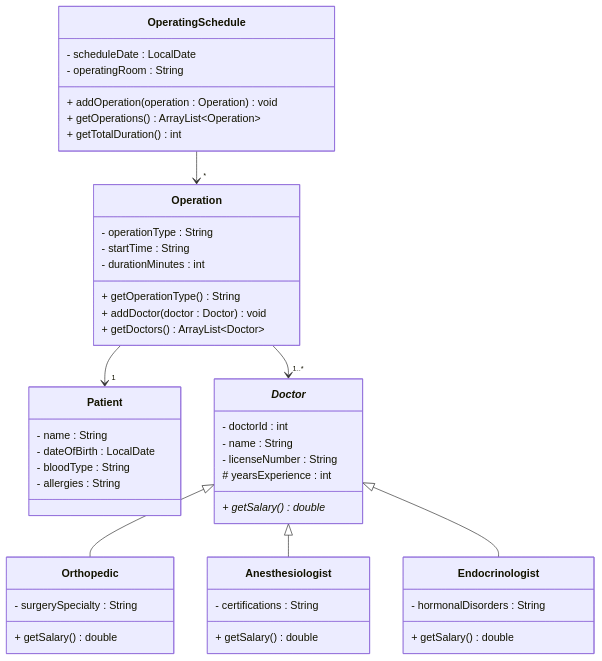
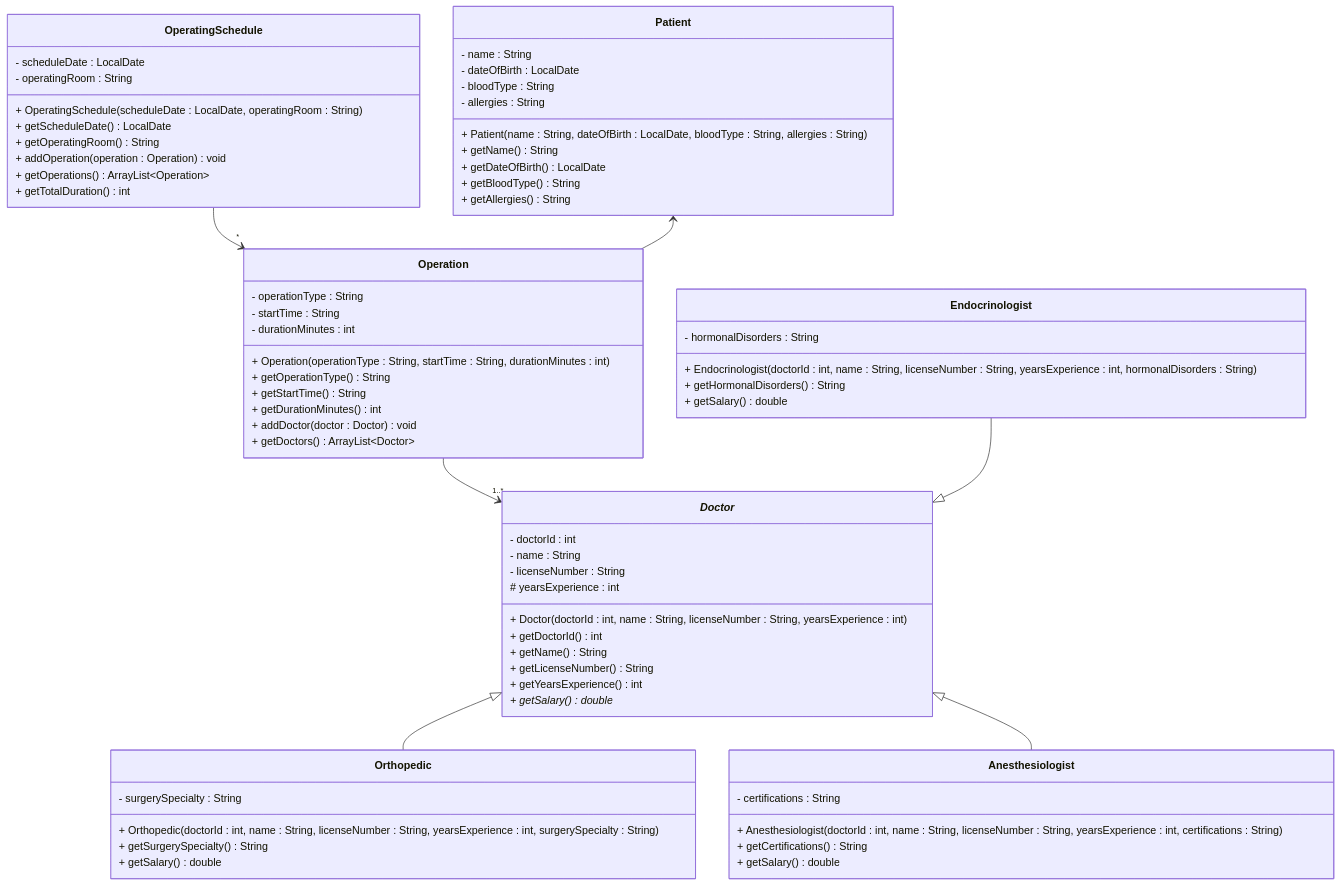
The diagram in Articles/Session 24 - Exam/015 Exercise 14 - Hospital Management.md (TroelsMortensen/Codelabs2), drawn with Mermaid before and after one commit.

````diff
--- a/Articles/Session 24 - Exam/015 Exercise 14 - Hospital Management.md
+++ b/Articles/Session 24 - Exam/015 Exercise 14 - Hospital Management.md
@@ -5,58 +5,78 @@
 ```mermaid
 classDiagram
     class OperatingSchedule {
         - scheduleDate : LocalDate
         - operatingRoom : String
+        + OperatingSchedule(scheduleDate : LocalDate, operatingRoom : String)
+        + getScheduleDate() LocalDate
+        + getOperatingRoom() String
         + addOperation(operation : Operation) void
         + getOperations() ArrayList~Operation~
         + getTotalDuration() int
     }
     
     class Operation {
         - operationType : String
         - startTime : String
         - durationMinutes : int
+        + Operation(operationType : String, startTime : String, durationMinutes : int)
         + getOperationType() String
+        + getStartTime() String
+        + getDurationMinutes() int
         + addDoctor(doctor : Doctor) void
         + getDoctors() ArrayList~Doctor~
     }
     
     class Patient {
         - name : String
         - dateOfBirth : LocalDate
         - bloodType : String
         - allergies : String
-
+        + Patient(name : String, dateOfBirth : LocalDate, bloodType : String, allergies : String)
+        + getName() String
+        + getDateOfBirth() LocalDate
+        + getBloodType() String
+        + getAllergies() String
     }
     
     class _Doctor_ {
         - doctorId : int
         - name : String
         - licenseNumber : String
         # yearsExperience : int
-
+        + Doctor(doctorId : int, name : String, licenseNumber : String, yearsExperience : int)
+        + getDoctorId() int
+        + getName() String
+        + getLicenseNumber() String
+        + getYearsExperience() int
         + getSalary()* double
     }
     
     class Orthopedic {
         - surgerySpecialty : String
+        + Orthopedic(doctorId : int, name : String, licenseNumber : String, yearsExperience : int, surgerySpecialty : String)
+        + getSurgerySpecialty() String
         + getSalary() double
     }
     
     class Anesthesiologist {
         - certifications : String
+        + Anesthesiologist(doctorId : int, name : String, licenseNumber : String, yearsExperience : int, certifications : String)
+        + getCertifications() String
         + getSalary() double
     }
     
     class Endocrinologist {
         - hormonalDisorders : String
+        + Endocrinologist(doctorId : int, name : String, licenseNumber : String, yearsExperience : int, hormonalDisorders : String)
+        + getHormonalDisorders() String
         + getSalary() double
     }
     
     OperatingSchedule --> "*" Operation
-    Operation --> "1" Patient
+    Patient <-- Operation
     Operation --> "1..*" _Doctor_
     _Doctor_ <|-- Orthopedic
     _Doctor_ <|-- Anesthesiologist
-    _Doctor_ <|-- Endocrinologist
+    Endocrinologist --|> _Doctor_
 ```
````
